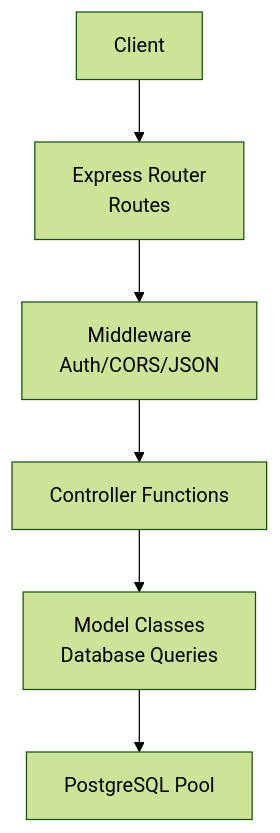
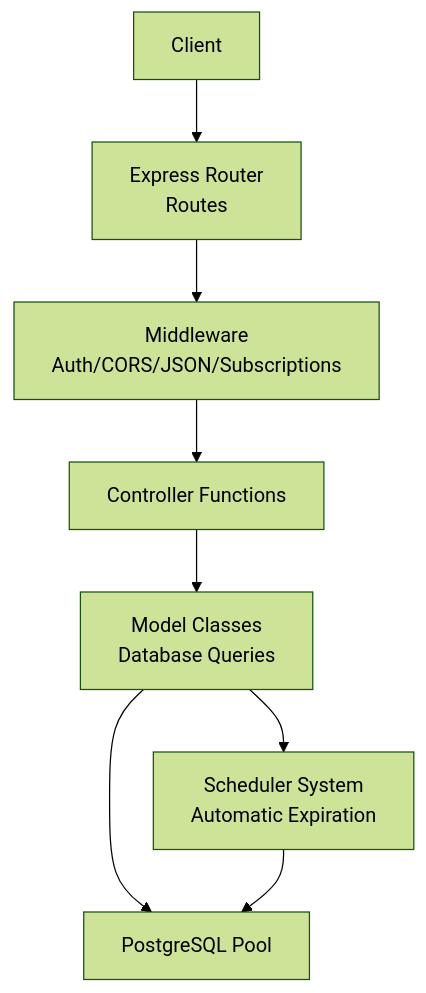
The second of 12 diagrams in .qoder/repowiki/en/content/Architecture Overview/Backend Architecture.md (Alexandrexicara/craque-vision), drawn with Mermaid (forest theme) before and after one commit. The commit also changed other lines of this file and 10 other files, not shown here.

````diff
--- a/.qoder/repowiki/en/content/Architecture Overview/Backend Architecture.md
+++ b/.qoder/repowiki/en/content/Architecture Overview/Backend Architecture.md
@@ -149,14 +180,17 @@
 ```mermaid
 graph TB
 Client["Client"]
 Router["Express Router<br/>Routes"]
 Ctrl["Controller Functions"]
-MW["Middleware<br/>Auth/CORS/JSON"]
+MW["Middleware<br/>Auth/CORS/JSON/Subscriptions"]
 Model["Model Classes<br/>Database Queries"]
 Pool["PostgreSQL Pool"]
+Scheduler["Scheduler System<br/>Automatic Expiration"]
 Client --> Router
 Router --> MW
 MW --> Ctrl
 Ctrl --> Model
 Model --> Pool
+Model --> Scheduler
+Scheduler --> Pool
 ```
````
